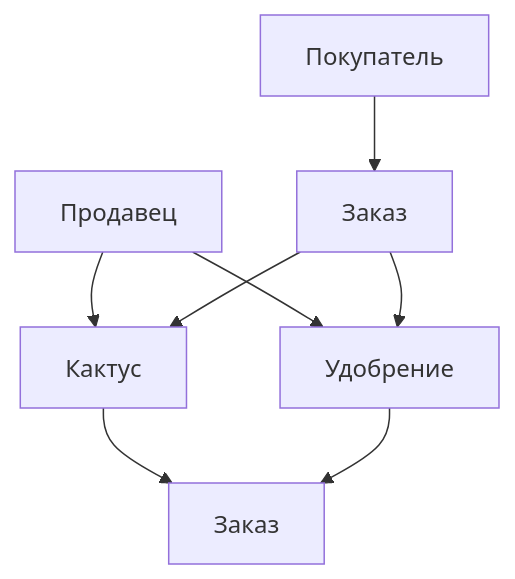
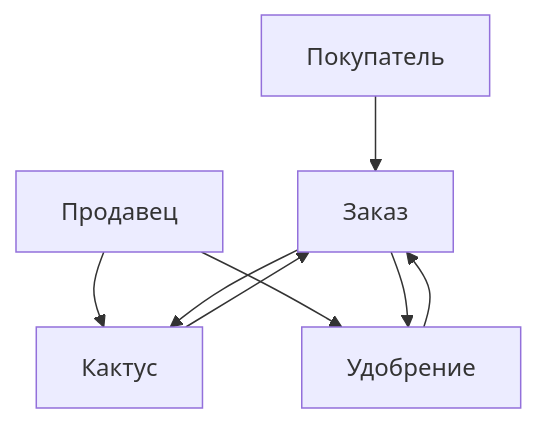
The diagram in README.md (RuslanKarabalin/cu-domain-driven-design-java), drawn with Mermaid before and after one commit.

Commit message:
fix: order clone

````diff
--- a/README.md
+++ b/README.md
@@ -5,14 +5,14 @@
 ```mermaid
 flowchart TD
     A[Покупатель] --> B[Заказ]
     C[Продавец] --> D[Кактус]
     C --> E[Удобрение]
     B --> D
     B --> E
-    D --> F[Заказ]
-    E --> F
+    D --> B
+    E --> B
     
     classDef title fill:#f0a,stroke:#000,stroke-width:2px;
     classDef entity fill:#1a1a1a,stroke:#fff,stroke-width:2px;
     classDef relation fill:#333,stroke:#fff,stroke-width:2px;
 ```
````
